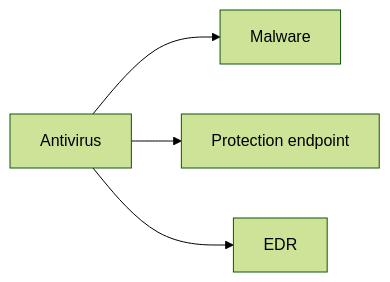
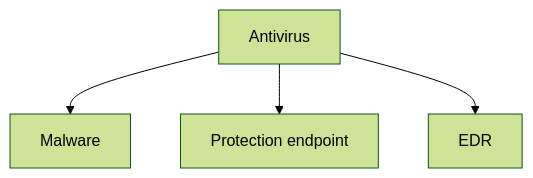
One commit to zyrass/omnydocs changed the third of 42 diagrams in docs/glossaire/cybersecurite.md. Above: the diagram before and after it, drawn with Mermaid (forest theme). The commit also changed other lines of this file and 1780 other files, not shown here.

````diff
--- a/docs/glossaire/cybersecurite.md
+++ b/docs/glossaire/cybersecurite.md
@@ -66,6 +80,6 @@
-    ```mermaid
-    graph LR
-        A[Antivirus] --> B[Malware]
-        A --> C[Protection endpoint]
-        A --> D[EDR]
-    ```
+```mermaid
+graph TB
+    A[Antivirus] --> B[Malware]
+    A --> C[Protection endpoint]
+    A --> D[EDR]
+```
````
